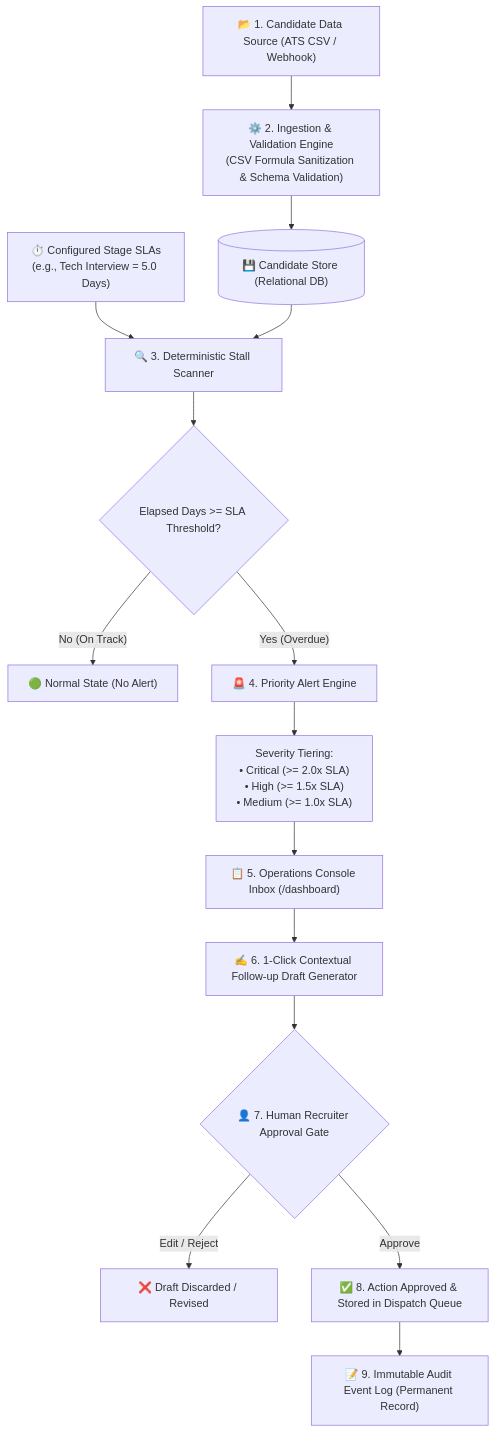
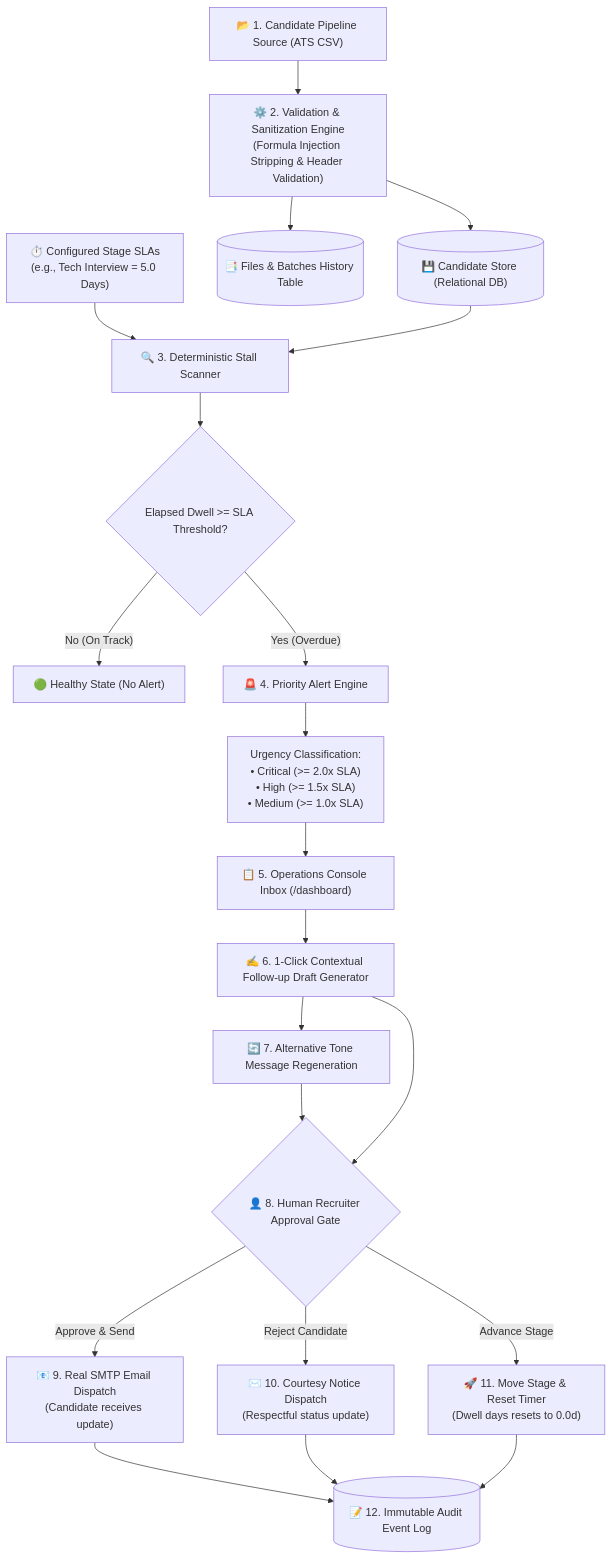
Before and after one commit to ajayroll1/Stall_Alert: the first of 2 diagrams in WORKING.md, drawn with Mermaid. The commit also changed other lines of this file and 7 other files, not shown here.

Commit message:
docs: synchronize all documentation with latest features, architecture flowcharts, and API contracts

````diff
--- a/WORKING.md
+++ b/WORKING.md
@@ -29,22 +25,29 @@
 ```mermaid
 flowchart TD
-    A["📂 1. Candidate Data Source (ATS CSV / Webhook)"] --> B["⚙️ 2. Ingestion & Validation Engine\n(CSV Formula Sanitization & Schema Validation)"]
+    A["📂 1. Candidate Pipeline Source (ATS CSV)"] --> B["⚙️ 2. Validation & Sanitization Engine\n(Formula Injection Stripping & Header Validation)"]
     B --> C[("💾 Candidate Store (Relational DB)")]
+    B --> FilesLog[("📑 Files & Batches History Table")]
     
     D["⏱️ Configured Stage SLAs\n(e.g., Tech Interview = 5.0 Days)"] --> E["🔍 3. Deterministic Stall Scanner"]
     C --> E
     
-    E --> F{"Elapsed Days >= SLA Threshold?"}
-    F -- "No (On Track)" --> G["🟢 Normal State (No Alert)"]
+    E --> F{"Elapsed Dwell >= SLA Threshold?"}
+    F -- "No (On Track)" --> G["🟢 Healthy State (No Alert)"]
     F -- "Yes (Overdue)" --> H["🚨 4. Priority Alert Engine"]
     
-    H --> I["Severity Tiering:\n• Critical (>= 2.0x SLA)\n• High (>= 1.5x SLA)\n• Medium (>= 1.0x SLA)"]
+    H --> I["Urgency Classification:\n• Critical (>= 2.0x SLA)\n• High (>= 1.5x SLA)\n• Medium (>= 1.0x SLA)"]
     I --> J["📋 5. Operations Console Inbox (/dashboard)"]
     
     J --> K["✍️ 6. 1-Click Contextual Follow-up Draft Generator"]
-    K --> L{"👤 7. Human Recruiter Approval Gate"}
-    L -- "Edit / Reject" --> M["❌ Draft Discarded / Revised"]
-    L -- "Approve" --> N["✅ 8. Action Approved & Stored in Dispatch Queue"]
+    K --> Regen["🔄 7. Alternative Tone Message Regeneration"]
+    Regen --> L{"👤 8. Human Recruiter Approval Gate"}
+    K --> L
     
-    N --> O["📝 9. Immutable Audit Event Log (Permanent Record)"]
+    L -- "Approve & Send" --> M["📧 9. Real SMTP Email Dispatch\n(Candidate receives update)"]
+    L -- "Reject Candidate" --> Rejection["✉️ 10. Courtesy Notice Dispatch\n(Respectful status update)"]
+    L -- "Advance Stage" --> Advance["🚀 11. Move Stage & Reset Timer\n(Dwell days resets to 0.0d)"]
+    
+    M --> N[("📝 12. Immutable Audit Event Log")]
+    Rejection --> N
+    Advance --> N
 ```
````
